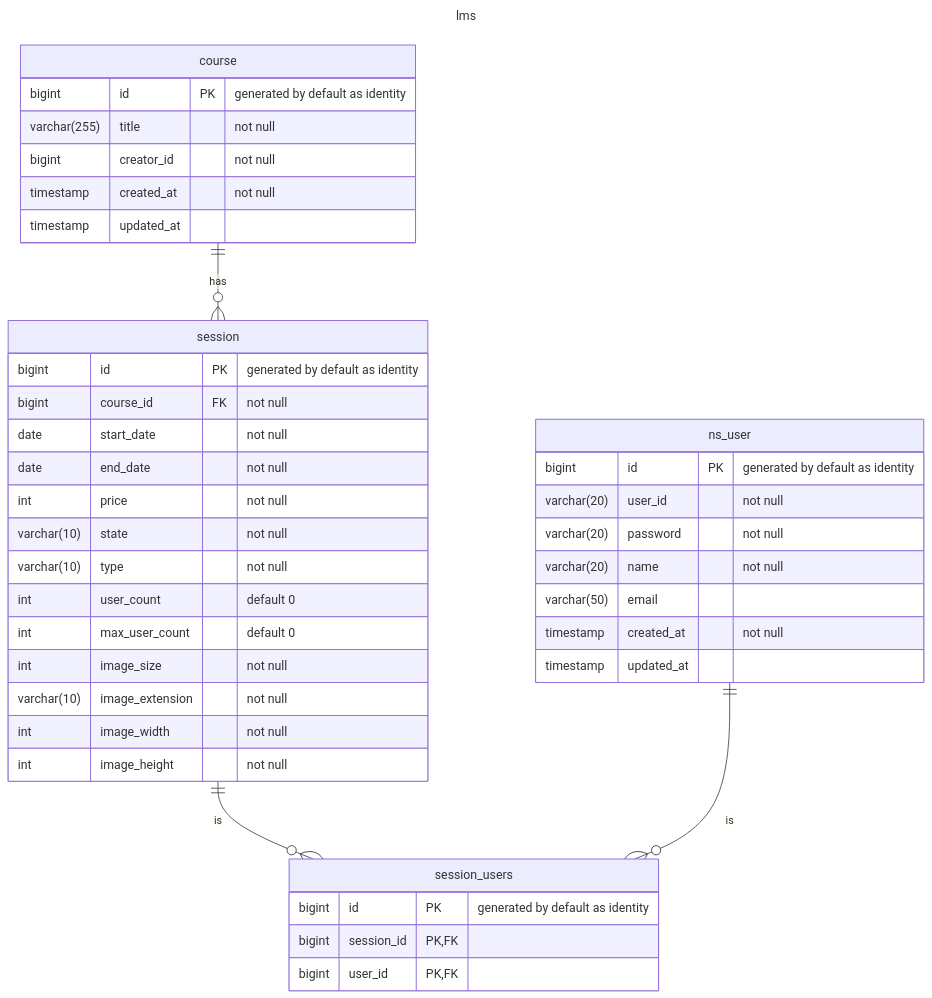
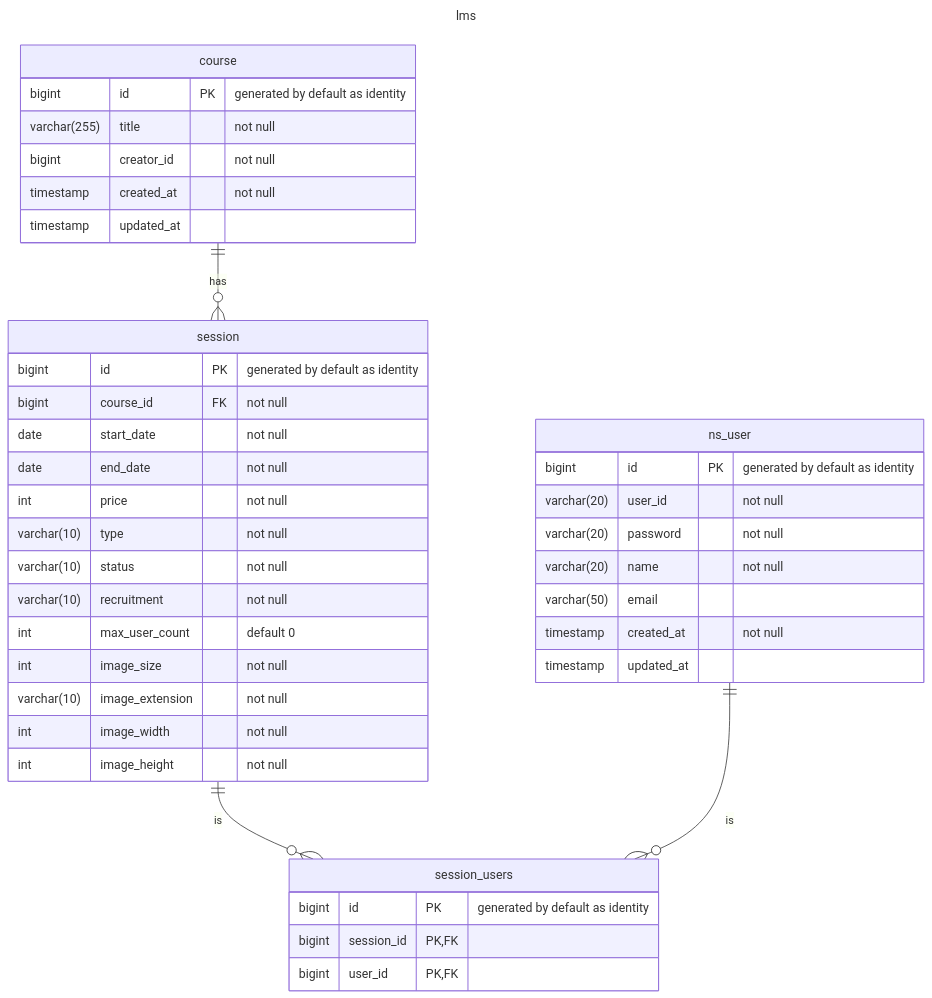
One commit to next-step/java-lms changed the diagram in README.md. Above: the diagram before and after it, drawn with Mermaid. The commit also changed other lines of this file and 9 other files, not shown here.

````diff
--- a/README.md
+++ b/README.md
@@ -86,45 +86,45 @@
 ```mermaid
 ---
 title: lms
 ---
 erDiagram
     course {
         bigint id PK "generated by default as identity"
         varchar(255) title "not null"
         bigint creator_id "not null"
         timestamp created_at "not null"
         timestamp updated_at
     }
     course ||--o{ session: has
     session {
         bigint id PK "generated by default as identity"
         bigint course_id FK "not null"
         date start_date "not null"
         date end_date "not null"
         int price "not null"
-        varchar(10) state "not null"
         varchar(10) type "not null"
-        int user_count "default 0"
+        varchar(10) status "not null"
+        varchar(10) recruitment "not null"
         int max_user_count "default 0"
         int image_size "not null"
         varchar(10) image_extension "not null"
         int image_width "not null"
         int image_height "not null"
     }
     session ||--o{ session_users: is
     session_users {
         bigint id PK "generated by default as identity"
         bigint session_id PK, FK
         bigint user_id PK, FK
     }
     ns_user ||--o{ session_users: is
     ns_user {
         bigint id PK "generated by default as identity"
         varchar(20) user_id "not null"
         varchar(20) password "not null"
         varchar(20) name "not null"
         varchar(50) email
         timestamp created_at "not null"
         timestamp updated_at
     }
 ```
````
